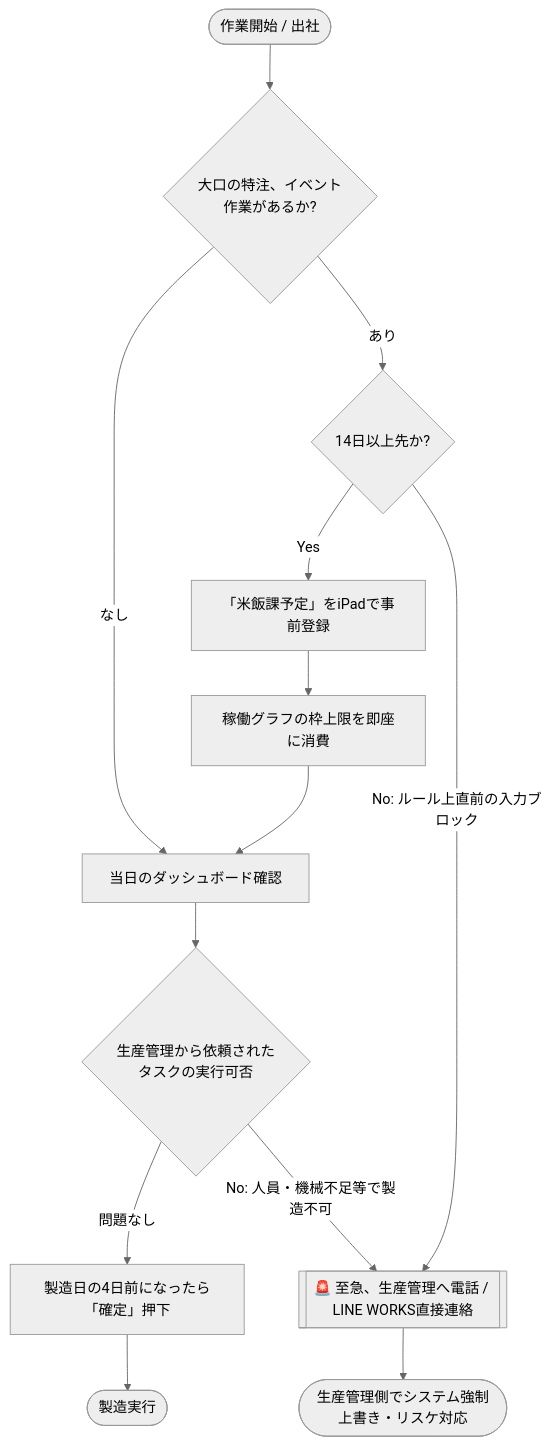
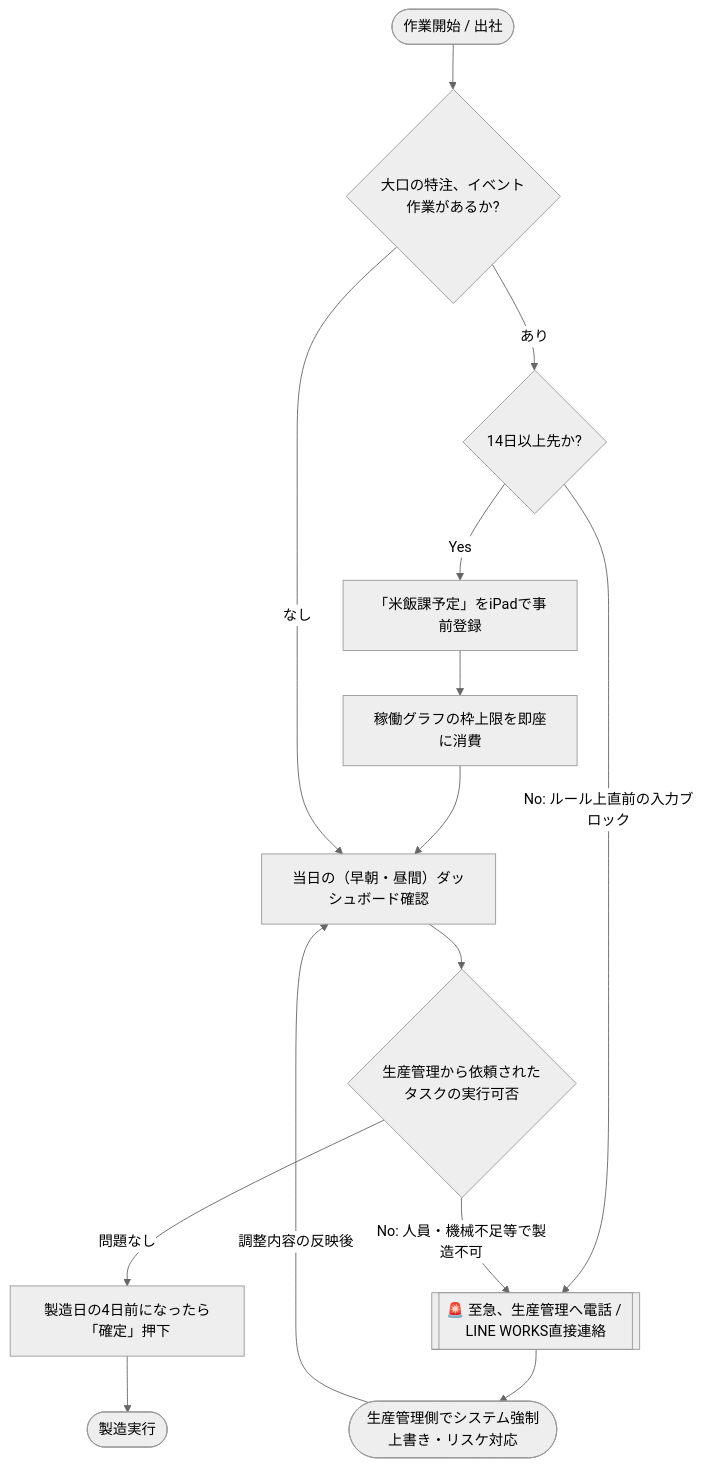
Before and after one commit to mihiro10/beihanka_irai_docs: the fourth of 4 diagrams in appsheet_architecture/01_system_architecture.md, drawn with Mermaid (neutral theme).

Commit message:
docs: loop rice dept exception state back to dashboard for final acceptance

````diff
--- a/appsheet_architecture/01_system_architecture.md
+++ b/appsheet_architecture/01_system_architecture.md
@@ -93,23 +93,24 @@
 ```mermaid
 flowchart TD
     A([作業開始 / 出社]) --> B{大口の特注、イベント<br>作業があるか?}
     
     B -->|あり| C{14日以上先か?}
     C -->|Yes| D[「米飯課予定」をiPadで事前登録]
     
     D --> F[稼働グラフの枠上限を即座に消費]
-    F --> G[当日のダッシュボード確認]
+    F --> G[当日の（早朝・昼間）ダッシュボード確認]
     B -->|なし| G
     
     G --> H{生産管理から依頼された<br>タスクの実行可否}
     H -->|問題なし| I[製造日の4日前になったら「確定」押下]
     I --> J([製造実行])
     
     %% 例外・エラー時の統合フロー (Exception Handling)
     Z[[🚨 至急、生産管理へ電話 / LINE WORKS直接連絡]]
     
     C -->|No: ルール上直前の入力ブロック| Z
     H -->|No: 人員・機械不足等で製造不可| Z
     
     Z --> L([生産管理側でシステム強制上書き・リスケ対応])
+    L -->|調整内容の反映後| G
 ```
````
